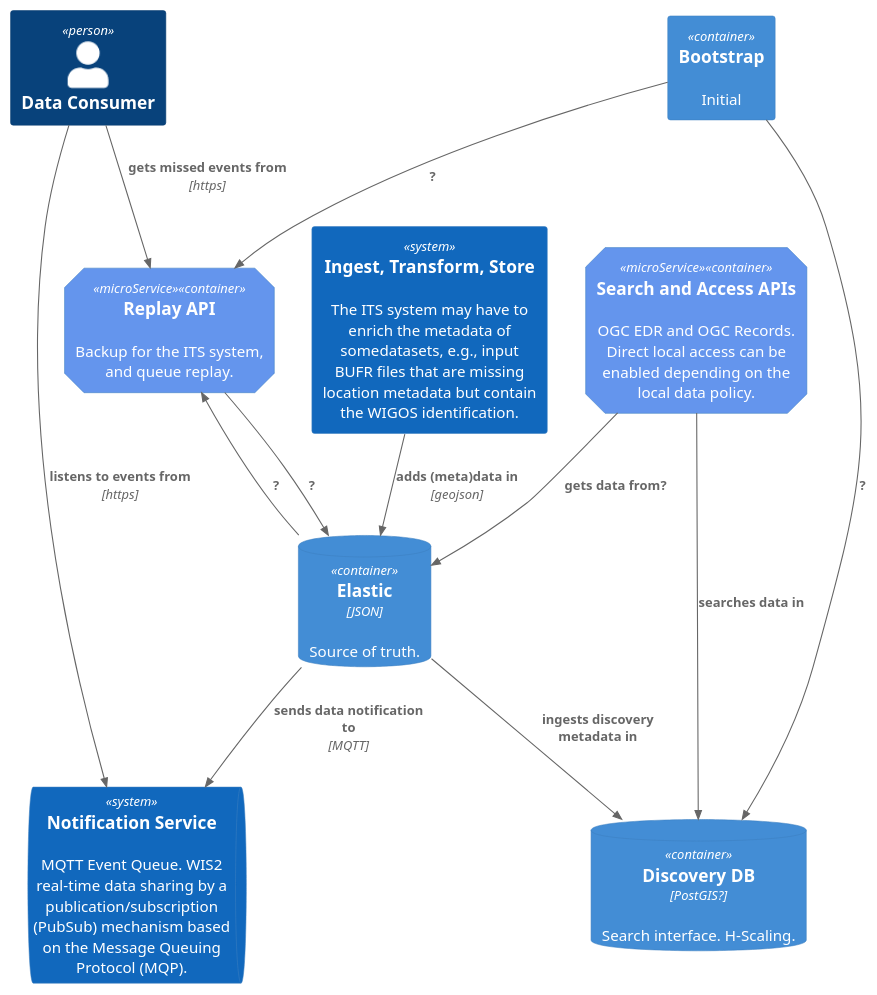
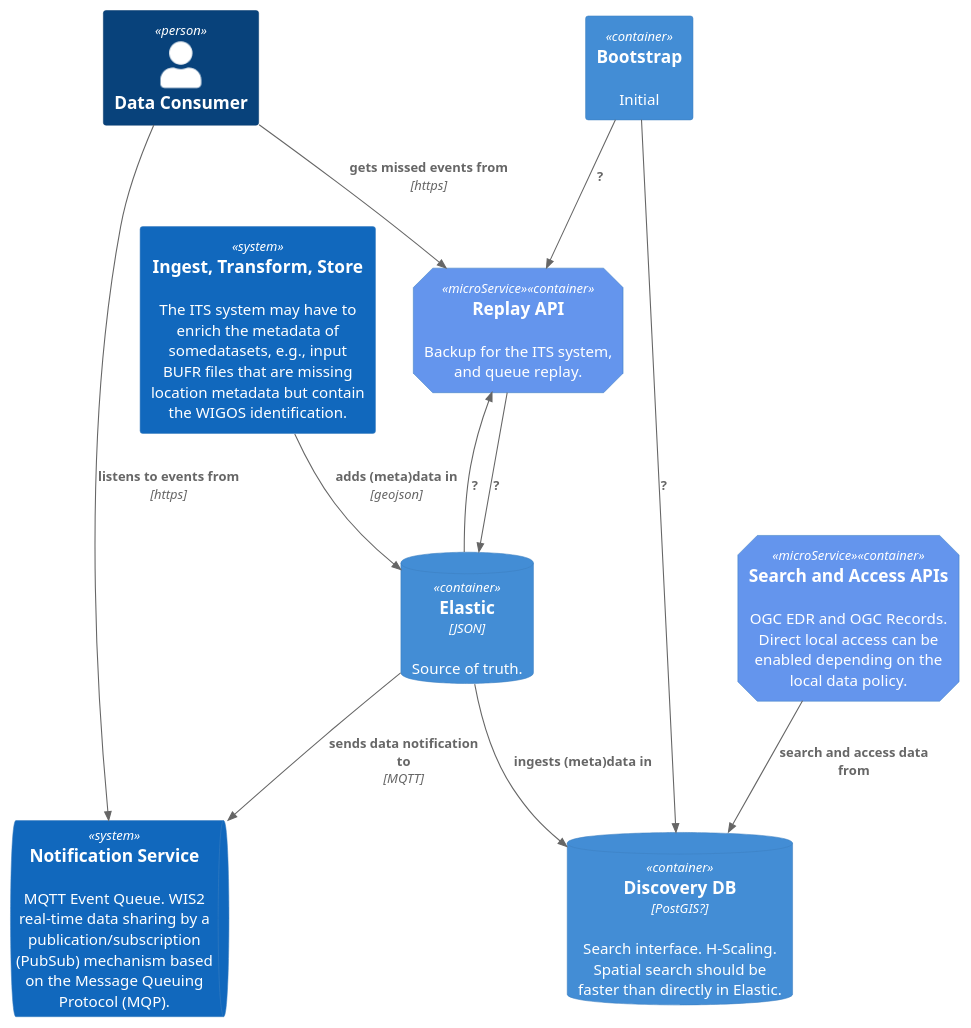
One commit to EURODEO/e-soh-c4 changed the diagram in container-data-store.puml. Above: the diagram before and after it, drawn with PlantUML. The commit also changed 1 other file, not shown here.

```diff
--- a/container-data-store.puml
+++ b/container-data-store.puml
@@ -1,31 +1,30 @@
 @startuml "c4-container-data-store"
 !include https://raw.githubusercontent.com/plantuml-stdlib/C4-PlantUML/master/C4_Container.puml
 
 AddElementTag("microService", $shape=EightSidedShape(), $bgColor="CornflowerBlue", $fontColor="white", $legendText="micro service\neight sided")
 
 Person(consumer, "Data Consumer")
 
 System(its, "Ingest, Transform, Store", "The ITS system may have to enrich the metadata of somedatasets, e.g., input BUFR files that are missing location metadata but contain the WIGOS identification.")
 
 SystemQueue(queue, "Notification Service", "MQTT Event Queue. WIS2 real-time data sharing by a publication/subscription (PubSub) mechanism based on the Message Queuing Protocol (MQP).")
 
 Container(edr, "OGC EDR", "", "Search and access API.")
 Container(replay, "Replay API", "", "Backup for the ITS system, and queue replay.", $tags = "microService")
 Container(edr, "Search and Access APIs", "", "OGC EDR and OGC Records. Direct local access can be enabled depending on the local data policy.", $tags = "microService")
 ContainerDb(elastic, "Elastic", "JSON", "Source of truth.")
-ContainerDb(db, "Discovery DB", "PostGIS?", "Search interface. H-Scaling.")
+ContainerDb(db, "Discovery DB", "PostGIS?", "Search interface. H-Scaling. Spatial search should be faster than directly in Elastic.")
 Container(bootstrap, "Bootstrap", "", "Initial")
 
 Rel(its, elastic, "adds (meta)data in", "geojson")
-Rel(elastic, db, "ingests discovery metadata in", "")
+Rel(elastic, db, "ingests (meta)data in", "")
 Rel(elastic, queue, "sends data notification to", "MQTT")
 Rel(elastic, replay, "?", "")
 Rel(replay, elastic, "?", "")
 Rel(bootstrap, replay, "?", "")
 Rel(bootstrap, db, "?", "")
 Rel(consumer, queue, "listens to events from", "https")
 Rel(consumer, replay, "gets missed events from", "https")
-Rel(edr, db, "searches data in", "")
-Rel(edr, elastic, "gets data from?", "")
+Rel(edr, db, "search and access data from", "")
 
 @enduml
```
